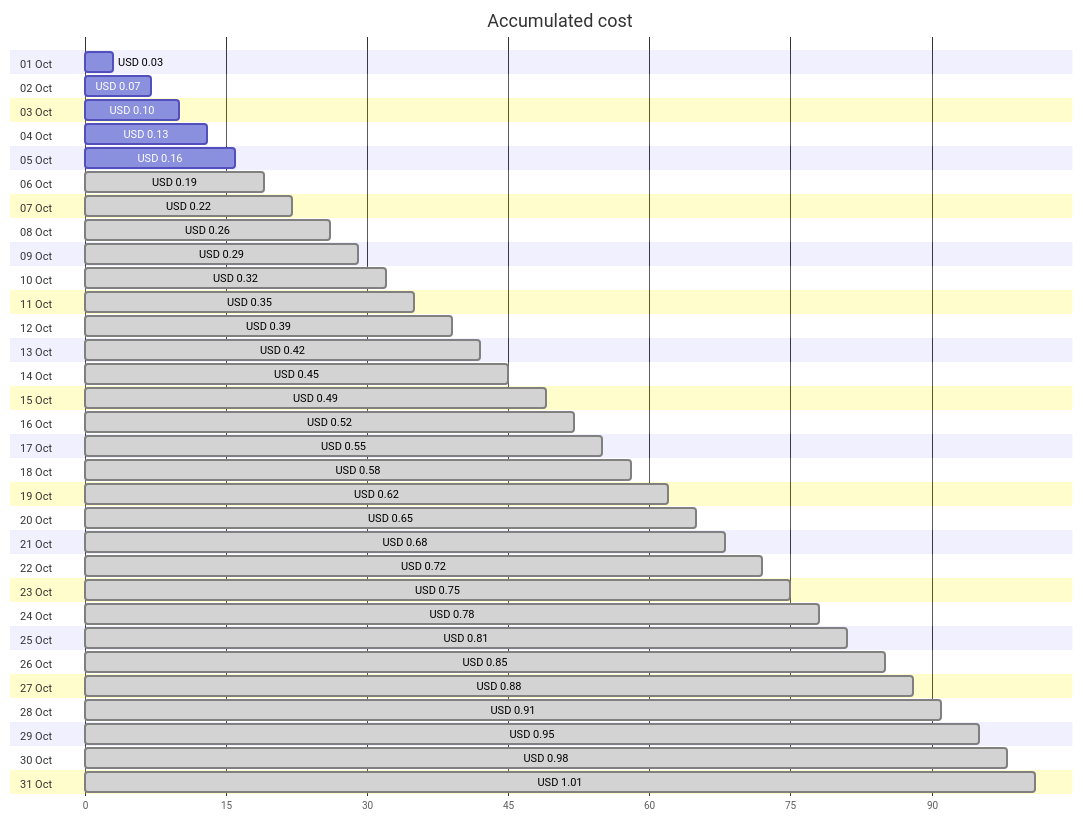
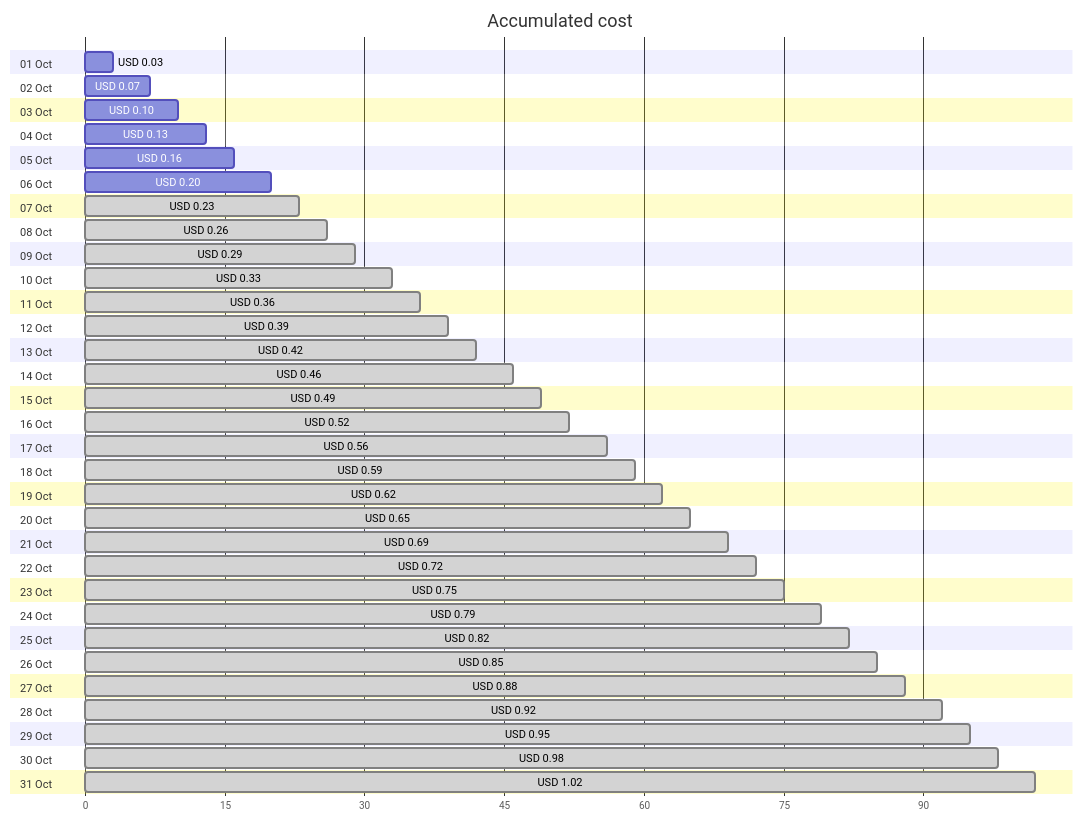
The first of 4 diagrams in cost-reports/personal-dns/README.md (jpfulton/azure-personal-reports), drawn with Mermaid before and after one commit. The commit also changed other lines of this file and 2 other files, not shown here.

Commit message:
Generated reports [skip ci]

````diff
--- a/cost-reports/personal-dns/README.md
+++ b/cost-reports/personal-dns/README.md
@@ -20,68 +20,68 @@
 ```mermaid
 gantt
    title Accumulated cost
    dateFormat  X
    axisFormat %s
    section 01 Oct
    USD 0.03 :0, 3
    section 02 Oct
    USD 0.07 :0, 7
    section 03 Oct
    USD 0.10 :0, 10
    section 04 Oct
    USD 0.13 :0, 13
    section 05 Oct
    USD 0.16 :0, 16
    section 06 Oct
-   USD 0.19 : done, 0, 19
+   USD 0.20 :0, 20
    section 07 Oct
-   USD 0.22 : done, 0, 22
+   USD 0.23 : done, 0, 23
    section 08 Oct
    USD 0.26 : done, 0, 26
    section 09 Oct
    USD 0.29 : done, 0, 29
    section 10 Oct
-   USD 0.32 : done, 0, 32
+   USD 0.33 : done, 0, 33
    section 11 Oct
-   USD 0.35 : done, 0, 35
+   USD 0.36 : done, 0, 36
    section 12 Oct
    USD 0.39 : done, 0, 39
    section 13 Oct
    USD 0.42 : done, 0, 42
    section 14 Oct
-   USD 0.45 : done, 0, 45
+   USD 0.46 : done, 0, 46
    section 15 Oct
    USD 0.49 : done, 0, 49
    section 16 Oct
    USD 0.52 : done, 0, 52
    section 17 Oct
-   USD 0.55 : done, 0, 55
+   USD 0.56 : done, 0, 56
    section 18 Oct
-   USD 0.58 : done, 0, 58
+   USD 0.59 : done, 0, 59
    section 19 Oct
    USD 0.62 : done, 0, 62
    section 20 Oct
    USD 0.65 : done, 0, 65
    section 21 Oct
-   USD 0.68 : done, 0, 68
+   USD 0.69 : done, 0, 69
    section 22 Oct
    USD 0.72 : done, 0, 72
    section 23 Oct
    USD 0.75 : done, 0, 75
    section 24 Oct
-   USD 0.78 : done, 0, 78
+   USD 0.79 : done, 0, 79
    section 25 Oct
-   USD 0.81 : done, 0, 81
+   USD 0.82 : done, 0, 82
    section 26 Oct
    USD 0.85 : done, 0, 85
    section 27 Oct
    USD 0.88 : done, 0, 88
    section 28 Oct
-   USD 0.91 : done, 0, 91
+   USD 0.92 : done, 0, 92
    section 29 Oct
    USD 0.95 : done, 0, 95
    section 30 Oct
    USD 0.98 : done, 0, 98
    section 31 Oct
-   USD 1.01 : done, 0, 101
+   USD 1.02 : done, 0, 102
 ```
````
